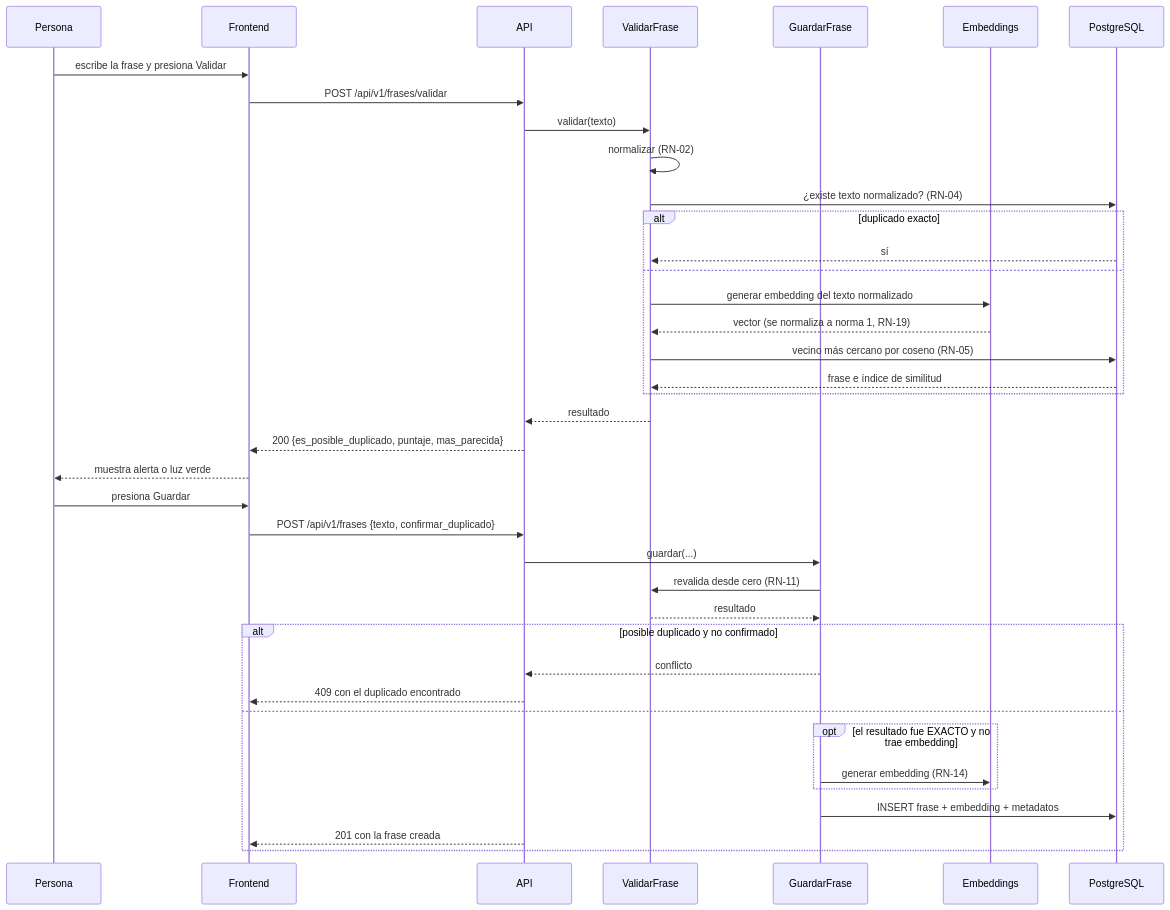
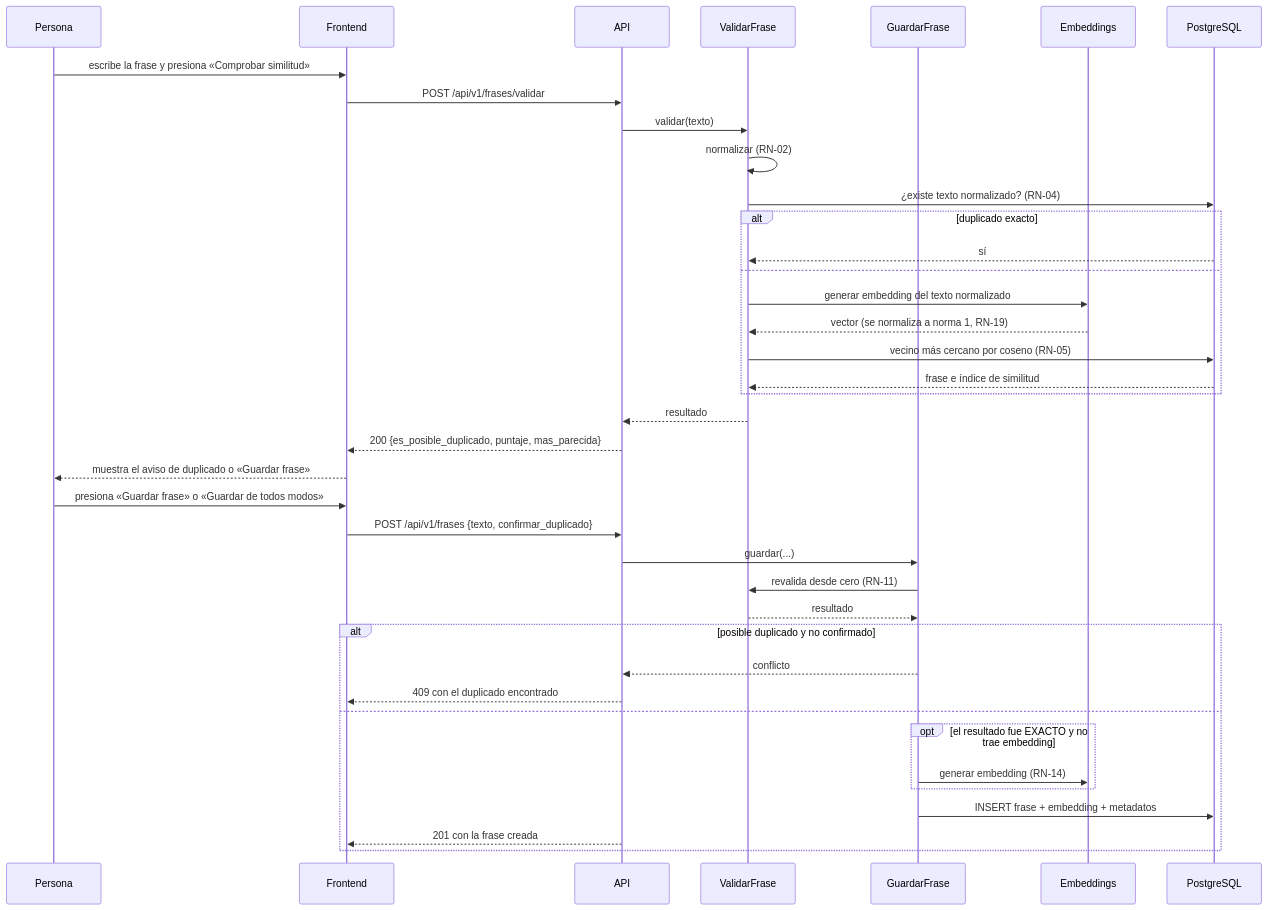
Before and after one commit to TorresF7/semantic-phrase-registry: the second of 2 diagrams in docs/context/architecture.md, drawn with Mermaid. The commit also changed other lines of this file and 7 other files, not shown here.

````diff
--- a/docs/context/architecture.md
+++ b/docs/context/architecture.md
@@ -88,43 +88,43 @@
 ```mermaid
 sequenceDiagram
     participant U as Persona
     participant F as Frontend
     participant A as API
     participant V as ValidarFrase
     participant G as GuardarFrase
     participant E as Embeddings
     participant D as PostgreSQL
 
-    U->>F: escribe la frase y presiona Validar
+    U->>F: escribe la frase y presiona «Comprobar similitud»
     F->>A: POST /api/v1/frases/validar
     A->>V: validar(texto)
     V->>V: normalizar (RN-02)
     V->>D: ¿existe texto normalizado? (RN-04)
     alt duplicado exacto
         D-->>V: sí
     else
         V->>E: generar embedding del texto normalizado
         E-->>V: vector (se normaliza a norma 1, RN-19)
         V->>D: vecino más cercano por coseno (RN-05)
         D-->>V: frase e índice de similitud
     end
     V-->>A: resultado
     A-->>F: 200 {es_posible_duplicado, puntaje, mas_parecida}
-    F-->>U: muestra alerta o luz verde
+    F-->>U: muestra el aviso de duplicado o «Guardar frase»
 
-    U->>F: presiona Guardar
+    U->>F: presiona «Guardar frase» o «Guardar de todos modos»
     F->>A: POST /api/v1/frases {texto, confirmar_duplicado}
     A->>G: guardar(...)
     G->>V: revalida desde cero (RN-11)
     V-->>G: resultado
     alt posible duplicado y no confirmado
         G-->>A: conflicto
         A-->>F: 409 con el duplicado encontrado
     else
         opt el resultado fue EXACTO y no trae embedding
             G->>E: generar embedding (RN-14)
         end
         G->>D: INSERT frase + embedding + metadatos
         A-->>F: 201 con la frase creada
     end
 ```
````
